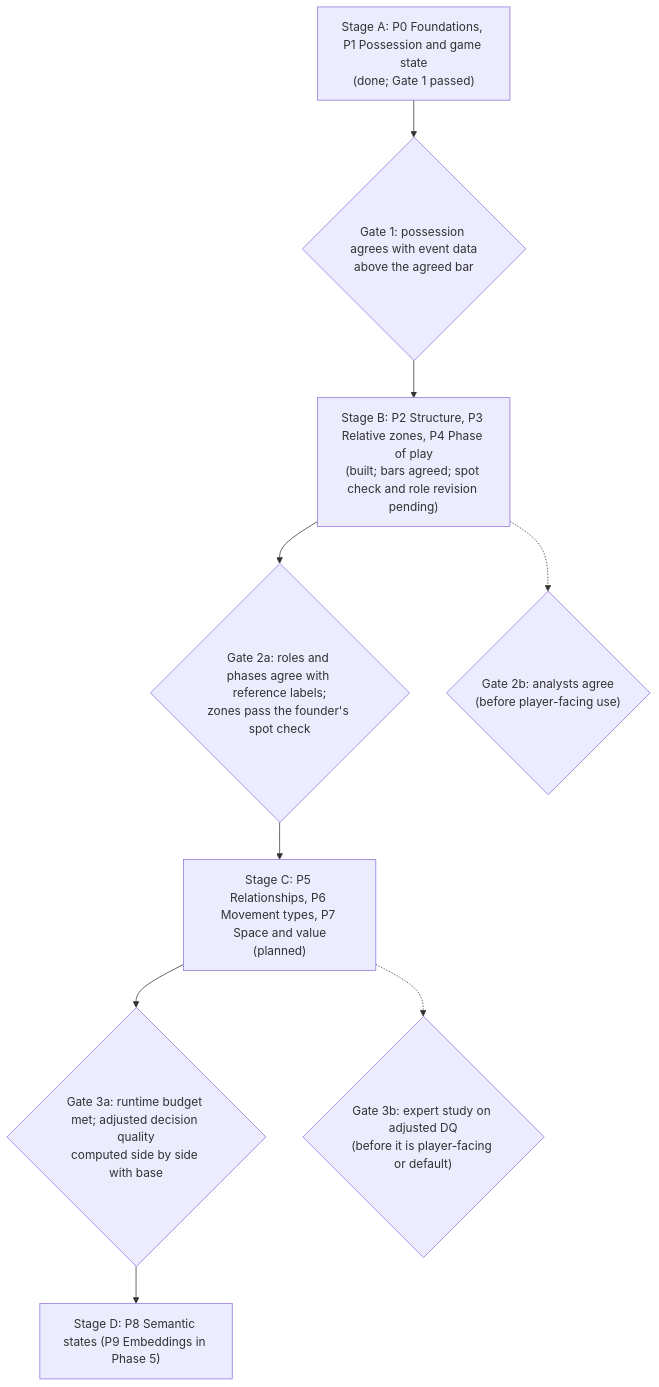
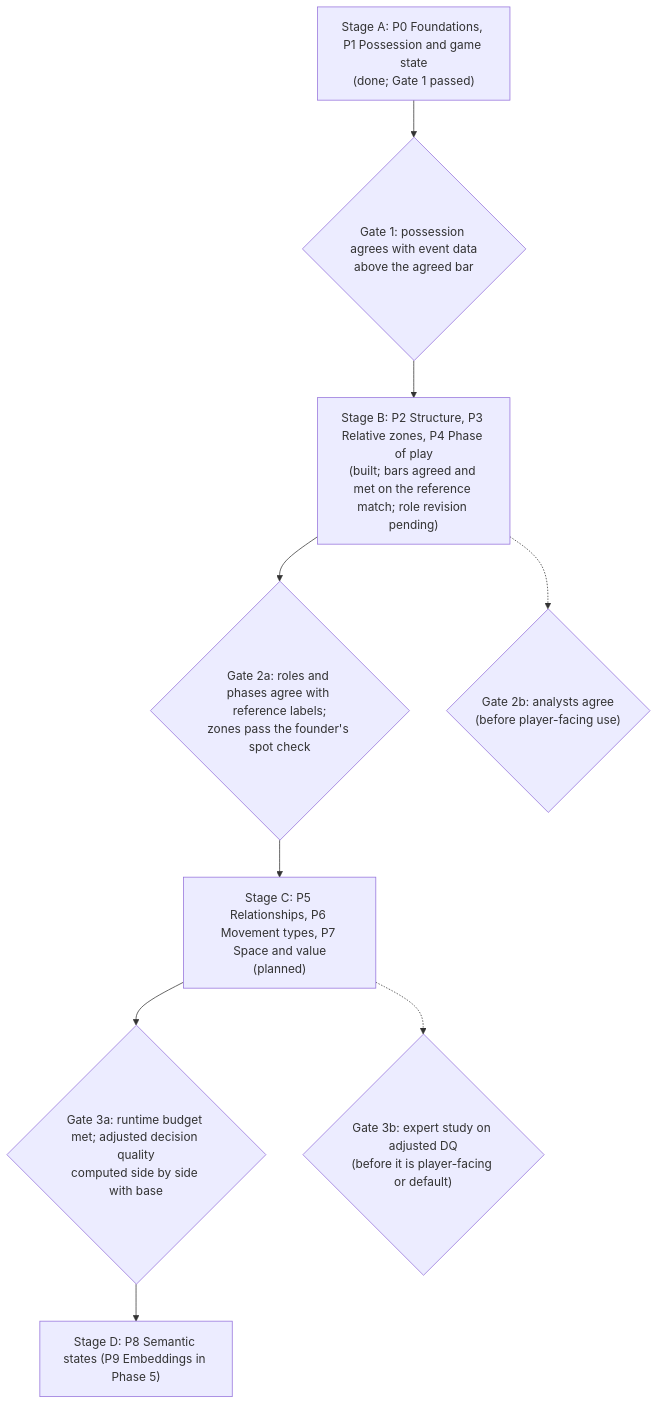
One commit to cgvgukapps/ponta-blueprint changed the diagram in ponta-blueprint/context-packages.md. Above: the diagram before and after it, drawn with Mermaid. The commit also changed other lines of this file and 5 other files, not shown here.

Commit message:
Context Gate 2a: zones pass the spot check (47 of 50); phase replay check next

````diff
--- a/ponta-blueprint/context-packages.md
+++ b/ponta-blueprint/context-packages.md
@@ -76,13 +76,13 @@
 ```mermaid
 flowchart TB
   A["Stage A: P0 Foundations, P1 Possession and game state<br/>(done; Gate 1 passed)"]
   G1{"Gate 1: possession agrees with event data<br/>above the agreed bar"}
-  B["Stage B: P2 Structure, P3 Relative zones, P4 Phase of play<br/>(built; bars agreed; spot check and role revision pending)"]
+  B["Stage B: P2 Structure, P3 Relative zones, P4 Phase of play<br/>(built; bars agreed and met on the reference match; role revision pending)"]
   G2{"Gate 2a: roles and phases agree with reference labels;<br/>zones pass the founder's spot check"}
   C["Stage C: P5 Relationships, P6 Movement types, P7 Space and value<br/>(planned)"]
   G3{"Gate 3a: runtime budget met; adjusted decision quality<br/>computed side by side with base"}
   D["Stage D: P8 Semantic states (P9 Embeddings in Phase 5)"]
   A --> G1 --> B --> G2 --> C --> G3 --> D
   B -.-> G2b{"Gate 2b: analysts agree<br/>(before player-facing use)"}
   C -.-> G3b{"Gate 3b: expert study on adjusted DQ<br/>(before it is player-facing or default)"}
 ```
````
